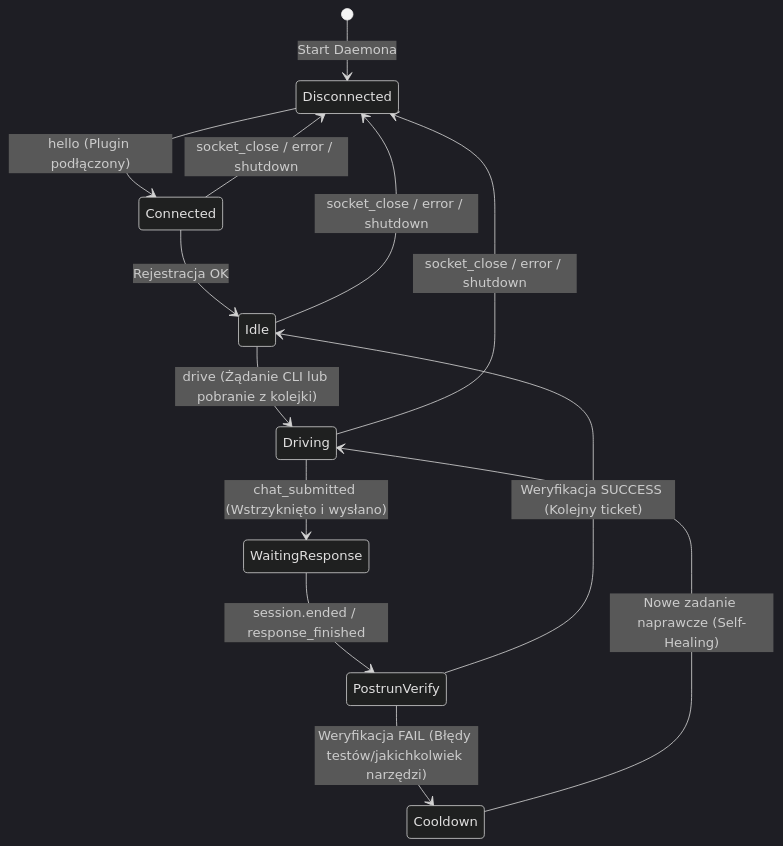
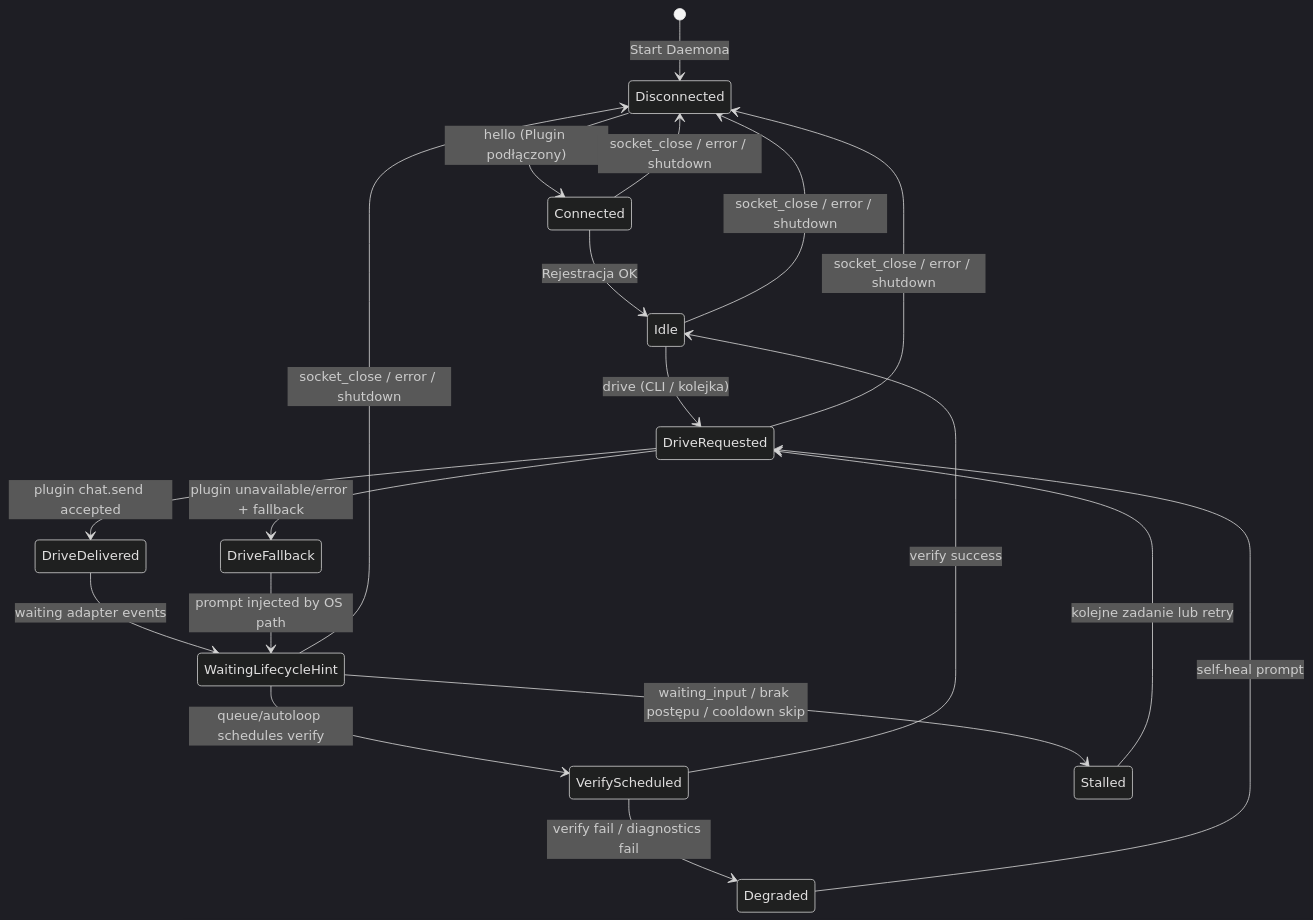
One commit to semcod/koru changed the second of 2 diagrams in docs/IDE_PROTOCOL.md. Above: the diagram before and after it, drawn with Mermaid (dark theme). The commit also changed other lines of this file and 20 other files, not shown here.

````diff
--- a/docs/IDE_PROTOCOL.md
+++ b/docs/IDE_PROTOCOL.md
@@ -312,15 +391,21 @@
 ```mermaid
 stateDiagram-v2
     [*] --> Disconnected : Start Daemona
     Disconnected --> Connected : hello (Plugin podłączony)
     Connected --> Idle : Rejestracja OK
-    Idle --> Driving : drive (Żądanie CLI lub pobranie z kolejki)
-    Driving --> WaitingResponse : chat_submitted (Wstrzyknięto i wysłano)
-    WaitingResponse --> PostrunVerify : session.ended / response_finished
-    PostrunVerify --> Idle : Weryfikacja SUCCESS (Kolejny ticket)
-    PostrunVerify --> Cooldown : Weryfikacja FAIL (Błędy testów/jakichkolwiek narzędzi)
-    Cooldown --> Driving : Nowe zadanie naprawcze (Self-Healing)
+    Idle --> DriveRequested : drive (CLI / kolejka)
+    DriveRequested --> DriveDelivered : plugin chat.send accepted
+    DriveRequested --> DriveFallback : plugin unavailable/error + fallback
+    DriveDelivered --> WaitingLifecycleHint : waiting adapter events
+    DriveFallback --> WaitingLifecycleHint : prompt injected by OS path
+    WaitingLifecycleHint --> VerifyScheduled : queue/autoloop schedules verify
+    WaitingLifecycleHint --> Stalled : waiting_input / brak postępu / cooldown skip
+    Stalled --> DriveRequested : kolejne zadanie lub retry
+    VerifyScheduled --> Idle : verify success
+    VerifyScheduled --> Degraded : verify fail / diagnostics fail
+    Degraded --> DriveRequested : self-heal prompt
     Connected --> Disconnected : socket_close / error / shutdown
     Idle --> Disconnected : socket_close / error / shutdown
-    Driving --> Disconnected : socket_close / error / shutdown
+    DriveRequested --> Disconnected : socket_close / error / shutdown
+    WaitingLifecycleHint --> Disconnected : socket_close / error / shutdown
 ```
````
